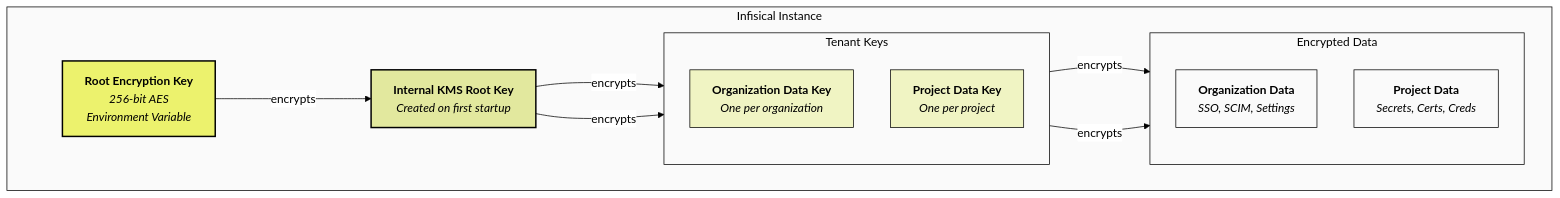
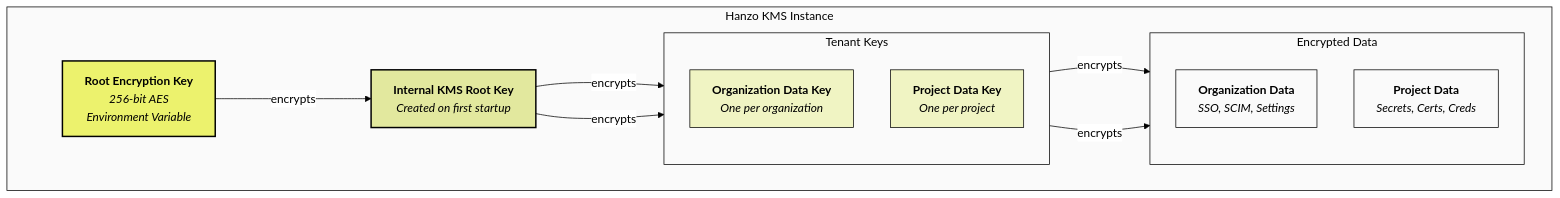
The diagram in docs/internals/security.mdx (hanzoai/kms), drawn with Mermaid before and after one commit. The commit also changed other lines of this file and 927 other files, not shown here.

First line of the commit message:
feat: complete Hanzo KMS rebranding across upstream merge

````diff
--- a/docs/internals/security.mdx
+++ b/docs/internals/security.mdx
@@ -82,63 +82,63 @@
 ```mermaid
 %%{init: {
   'theme': 'base',
   'themeVariables': {
     'primaryColor': '#ECF26D',
     'primaryTextColor': '#000000',
     'primaryBorderColor': '#000000',
     'lineColor': '#000000',
     'secondaryColor': '#F5F5F5',
     'tertiaryColor': '#FFFFFF',
     'background': '#FFFFFF',
     'mainBkg': '#FFFFFF',
     'nodeBorder': '#000000',
     'clusterBkg': '#FAFAFA',
     'clusterBorder': '#000000',
     'titleColor': '#000000',
     'edgeLabelBackground': '#FFFFFF'
   }
 }}%%
 
 flowchart LR
-    subgraph INSTANCE["Infisical Instance"]
+    subgraph INSTANCE["Hanzo KMS Instance"]
         direction LR
         
         subgraph LAYER1[" "]
             ROOT["<b>Root Encryption Key</b><br/><i>256-bit AES</i><br/><i>Environment Variable</i>"]
         end
         
         subgraph LAYER2[" "]
             INTERNAL["<b>Internal KMS Root Key</b><br/><i>Created on first startup</i>"]
         end
         
         subgraph LAYER3["Tenant Keys"]
             direction TB
             ORG["<b>Organization Data Key</b><br/><i>One per organization</i>"]
             PROJ["<b>Project Data Key</b><br/><i>One per project</i>"]
         end
         
         subgraph LAYER4["Encrypted Data"]
             direction TB
             ORGDATA["<b>Organization Data</b><br/><i>SSO, SCIM, Settings</i>"]
             PROJDATA["<b>Project Data</b><br/><i>Secrets, Certs, Creds</i>"]
         end
         
         ROOT -->|"encrypts"| INTERNAL
         INTERNAL -->|"encrypts"| ORG
         INTERNAL -->|"encrypts"| PROJ
         ORG -->|"encrypts"| ORGDATA
         PROJ -->|"encrypts"| PROJDATA
     end
 
     classDef rootKey fill:#ECF26D,stroke:#000000,stroke-width:2px,color:#000000
     classDef internalKey fill:#E2E89E,stroke:#000000,stroke-width:2px,color:#000000
     classDef entityKey fill:#F0F4C3,stroke:#000000,stroke-width:1px,color:#000000
     classDef data fill:#FAFAFA,stroke:#000000,stroke-width:1px,color:#000000
     classDef invisible fill:none,stroke:none
     
     class ROOT rootKey
     class INTERNAL internalKey
     class ORG,PROJ entityKey
     class ORGDATA,PROJDATA data
     class LAYER1,LAYER2 invisible
 ```
````
